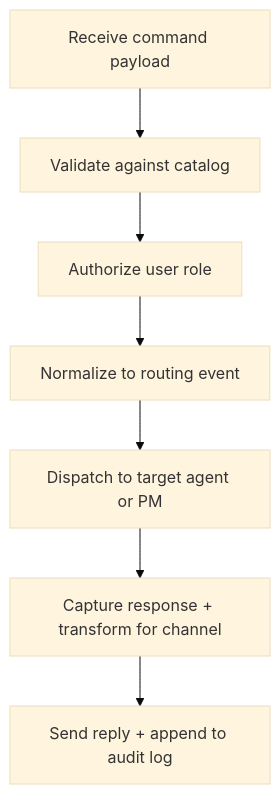
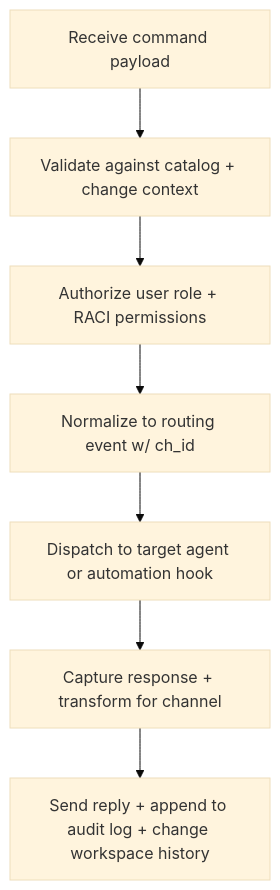
Before and after one commit to christaylor98/dynaforge.ai: the diagram in docs/requirements/elaborations/FR-08_elaboration.md, drawn with Mermaid (base theme). The commit also changed other lines of this file and 43 other files, not shown here.

````diff
--- a/docs/requirements/elaborations/FR-08_elaboration.md
+++ b/docs/requirements/elaborations/FR-08_elaboration.md
@@ -23,9 +35,9 @@
 ```mermaid
 flowchart TD
-  A[Receive command payload] --> B[Validate against catalog]
-  B --> C[Authorize user role]
-  C --> D[Normalize to routing event]
-  D --> E[Dispatch to target agent or PM]
+  A[Receive command payload] --> B[Validate against catalog + change context]
+  B --> C[Authorize user role + RACI permissions]
+  C --> D[Normalize to routing event w/ ch_id]
+  D --> E[Dispatch to target agent or automation hook]
   E --> F[Capture response + transform for channel]
-  F --> G[Send reply + append to audit log]
+  F --> G[Send reply + append to audit log + change workspace history]
 ```
````
